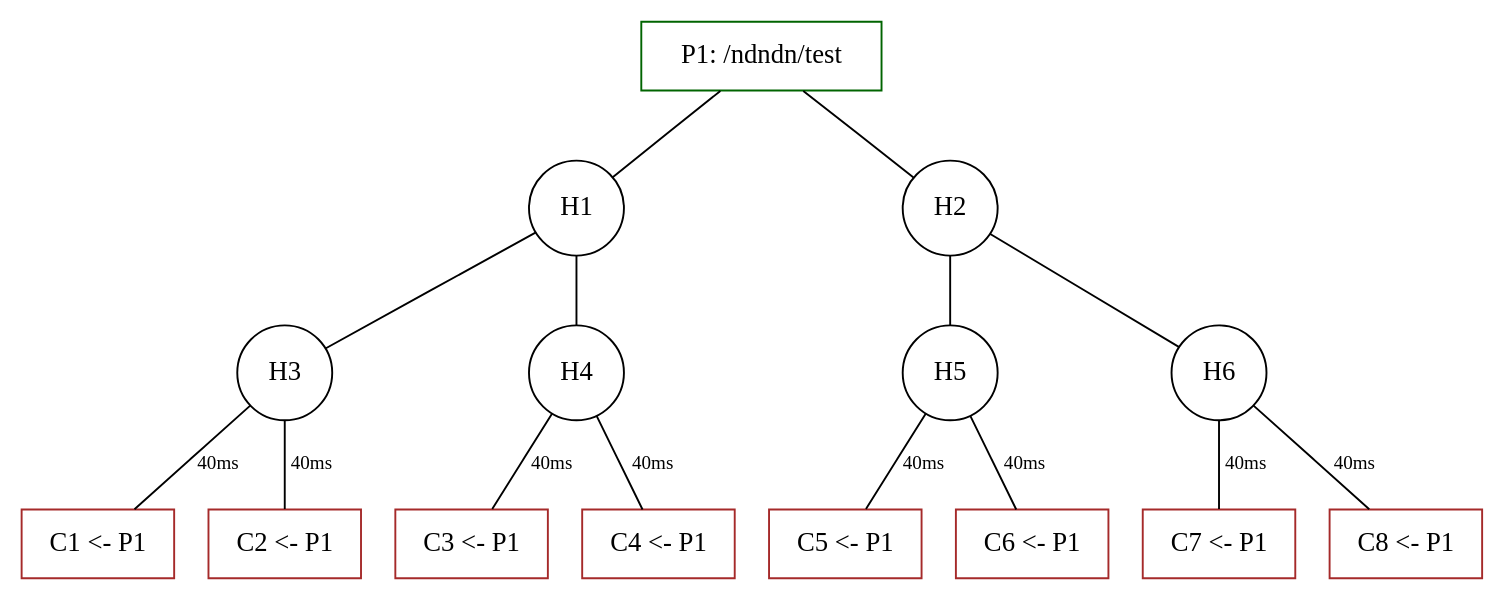
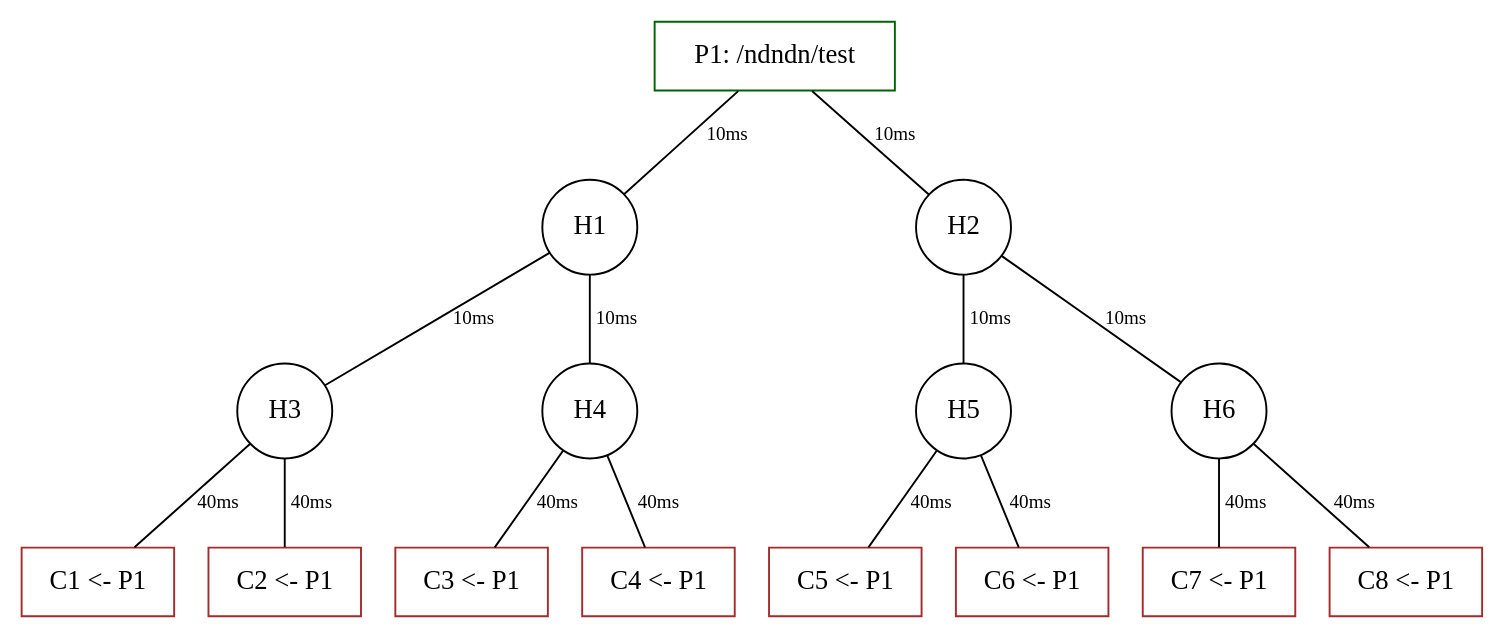
One commit to peetonn/ndn-docker changed the diagram in ndndn/topologies/bintree8-1.dot. Above: the diagram before and after it, drawn with Graphviz. The commit also changed 2 other files, not shown here.

```diff
--- a/ndndn/topologies/bintree8-1.dot
+++ b/ndndn/topologies/bintree8-1.dot
@@ -1,50 +1,50 @@
 digraph finite_state_machine {
     //layout="dot"
     edge [ arrowhead=none fontsize=10 ];
 
     subgraph hubs { // all hubs should be listed here
         // hub nodes should follow format H + index 
         node [shape = circle, rank = 5];
         H1; H2; H3; H4; H5; H6;
         
-        H1 -> H3;
-        H1 -> H4;
-        H2 -> H5;
-        H2 -> H6;
+        H1 -> H3 [ label = "10ms" ];
+        H1 -> H4 [ label = "10ms" ];
+        H2 -> H5 [ label = "10ms" ];
+        H2 -> H6 [ label = "10ms" ];
     }
 
     subgraph producers { // all producers are listed here
         // producer nodes should follow format P + index
         rank = source
         node [shape=rect, color = darkgreen];
 
         P1 [color = darkgreen, label="P1: /ndndn/test"];
     }
-    P1 -> H1;
-    P1 -> H2;
+    P1 -> H1 [ label = "10ms" ];
+    P1 -> H2 [ label = "10ms" ];
 
     subgraph consumers { // all consumer clusters are lister here
         // consumer cluster nodes should follow format C + index
         // the label for consumer cluster should follow format:
         // 		Cx<number of consumers> <- <producer id> [<producer id>, ...]
         rank = sink
         node [shape = rect, color = brown];
         C1 [label = "C1 <- P1"];
         C2 [label = "C2 <- P1"];
         C3 [label = "C3 <- P1"];
         C4 [label = "C4 <- P1"];
         C5 [label = "C5 <- P1"];
         C6 [label = "C6 <- P1"];
         C7 [label = "C7 <- P1"];
         C8 [label = "C8 <- P1"];
     }
 
     C1 -> H3 [label = "40ms"];
     C2 -> H3 [label = "40ms"];
     C3 -> H4 [label = "40ms"];
     C4 -> H4 [label = "40ms"];
     C5 -> H5 [label = "40ms"];
     C6 -> H5 [label = "40ms"];
     C7 -> H6 [label = "40ms"];
     C8 -> H6 [label = "40ms"];
 }
```
